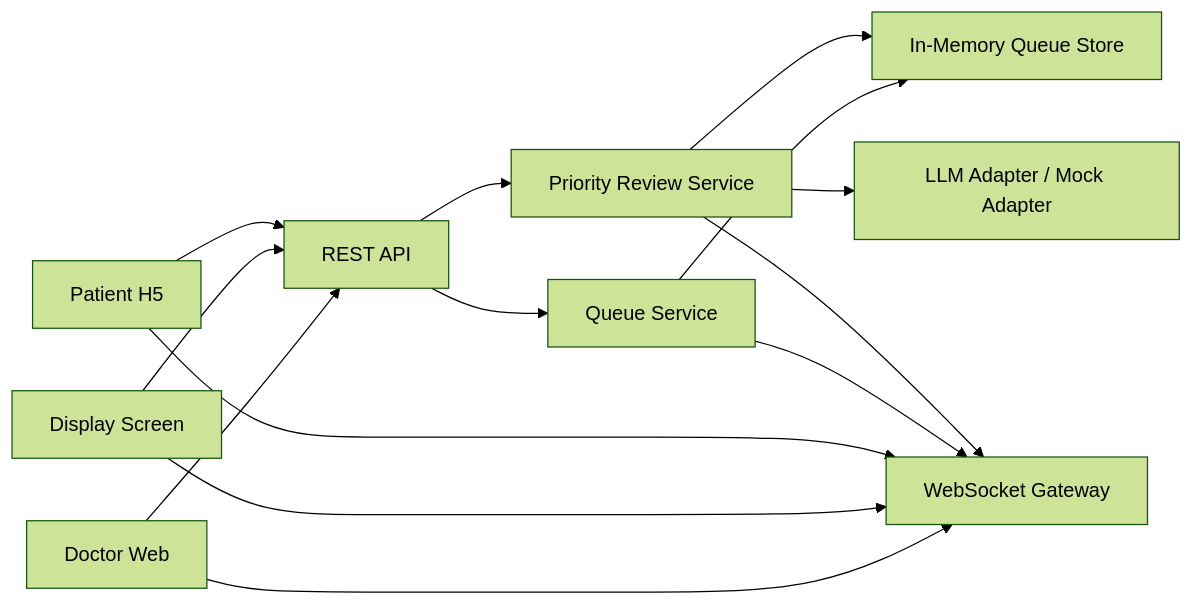
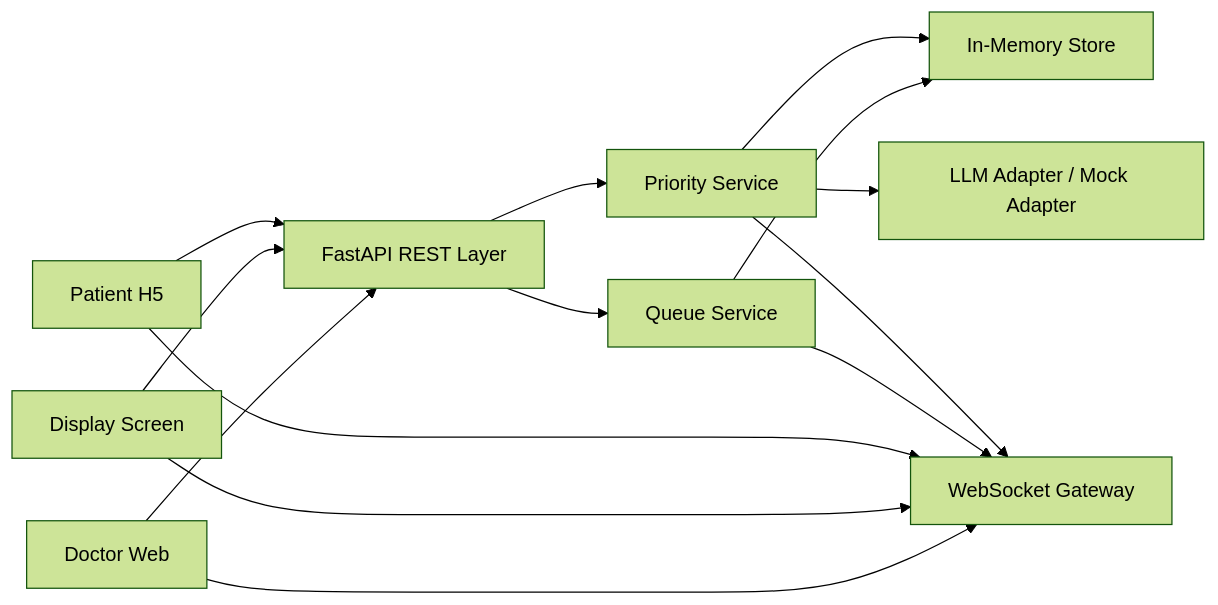
The first of 3 diagrams in docs/backend_api_architecture.md (Humble-Geralt/MEDIQUEUE), drawn with Mermaid (forest theme) before and after one commit. The commit also changed other lines of this file and 54 other files, not shown here.

````diff
--- a/docs/backend_api_architecture.md
+++ b/docs/backend_api_architecture.md
@@ -46,16 +28,16 @@
 ```mermaid
 flowchart LR
-    A["Doctor Web"] --> B["REST API"]
+    A["Doctor Web"] --> B["FastAPI REST Layer"]
     C["Display Screen"] --> B
     D["Patient H5"] --> B
     A --> E["WebSocket Gateway"]
     C --> E
     D --> E
     B --> F["Queue Service"]
-    B --> G["Priority Review Service"]
+    B --> G["Priority Service"]
     G --> H["LLM Adapter / Mock Adapter"]
-    F --> I["In-Memory Queue Store"]
+    F --> I["In-Memory Store"]
     G --> I
     F --> E
     G --> E
 ```
````
